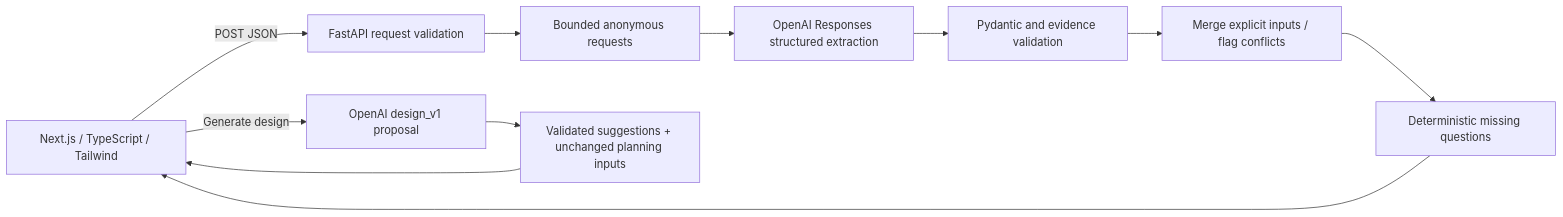
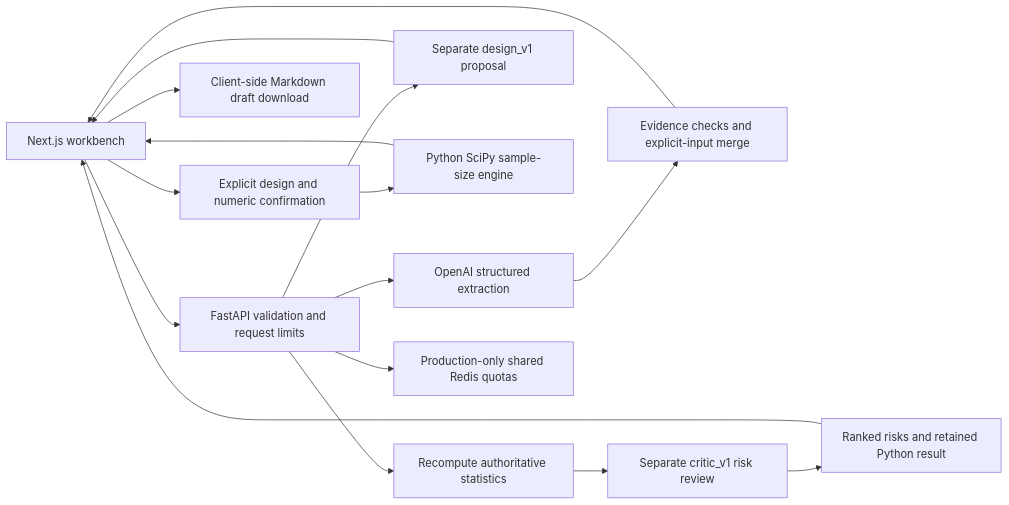
Before and after one commit to calvinnguyen8k/experimentiq: the diagram in docs/architecture.md, drawn with Mermaid. The commit also changed other lines of this file and 25 other files, not shown here.

Commit message:
test: evaluate live planning stages and document verified workflow evidence

````diff
--- a/docs/architecture.md
+++ b/docs/architecture.md
@@ -5,13 +6,18 @@
 ```mermaid
 flowchart LR
-    UI[Next.js / TypeScript / Tailwind] -->|POST JSON| API[FastAPI request validation]
-    API --> LIMIT[Bounded anonymous requests]
-    LIMIT --> AI[OpenAI Responses structured extraction]
-    AI --> VALID[Pydantic and evidence validation]
-    VALID --> MERGE[Merge explicit inputs / flag conflicts]
-    MERGE --> QUESTIONS[Deterministic missing questions]
-    QUESTIONS --> UI
-    UI -->|Generate design| DESIGN[OpenAI design_v1 proposal]
-    DESIGN --> DRAFT[Validated suggestions + unchanged planning inputs]
-    DRAFT --> UI
+    UI[Next.js workbench] --> API[FastAPI validation and request limits]
+    API --> EX[OpenAI structured extraction]
+    EX --> FACTS[Evidence checks and explicit-input merge]
+    FACTS --> UI
+    API --> DESIGN[Separate design_v1 proposal]
+    DESIGN --> UI
+    UI --> CONFIRM[Explicit design and numeric confirmation]
+    CONFIRM --> STATS[Python SciPy sample-size engine]
+    STATS --> UI
+    API --> RECOMPUTE[Recompute authoritative statistics]
+    RECOMPUTE --> CRITIC[Separate critic_v1 risk review]
+    CRITIC --> REVIEW[Ranked risks and retained Python result]
+    REVIEW --> UI
+    UI --> EXPORT[Client-side Markdown draft download]
+    API --> QUOTA[Production-only shared Redis quotas]
 ```
````
